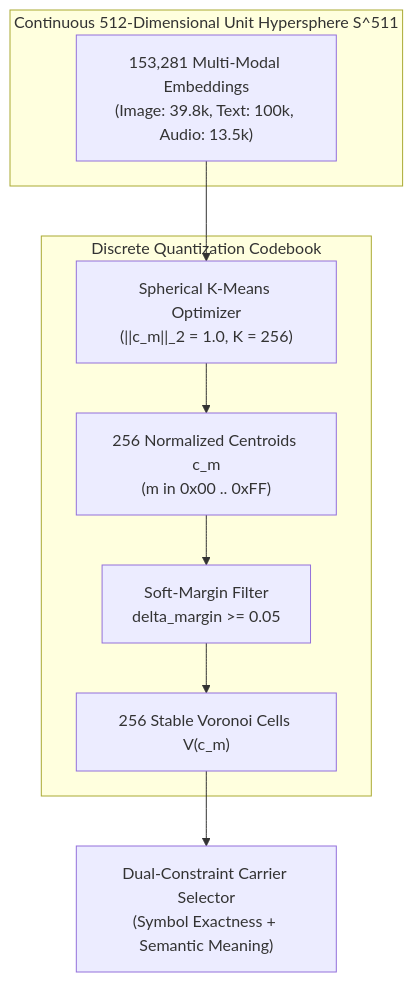
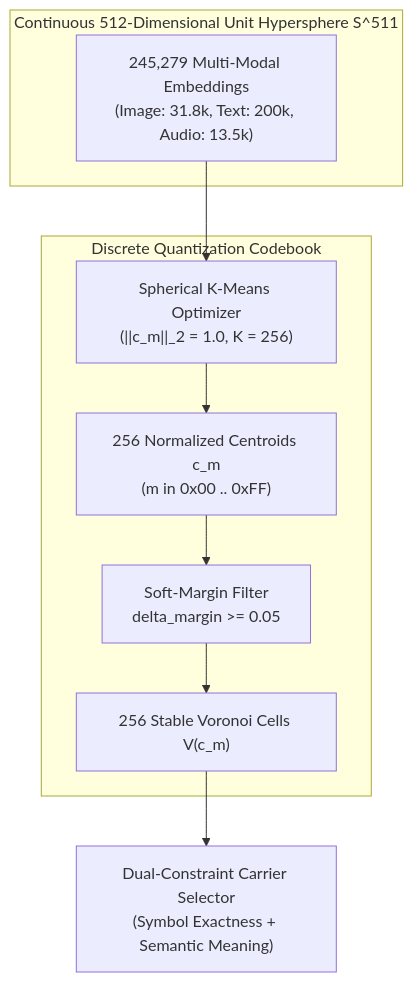
The diagram in docs/modules/02_VORONOI_CODEBOOK_PARTITIONING.md (jeevan4476/DCASS), drawn with Mermaid before and after one commit. The commit also changed other lines of this file and 271 other files, not shown here.

````diff
--- a/docs/modules/02_VORONOI_CODEBOOK_PARTITIONING.md
+++ b/docs/modules/02_VORONOI_CODEBOOK_PARTITIONING.md
@@ -10,16 +10,16 @@
 ```mermaid
 flowchart TD
     subgraph Space["Continuous 512-Dimensional Unit Hypersphere S^511"]
-        CORPUS["153,281 Multi-Modal Embeddings\n(Image: 39.8k, Text: 100k, Audio: 13.5k)"]
+        CORPUS["245,279 Multi-Modal Embeddings\n(Image: 31.8k, Text: 200k, Audio: 13.5k)"]
     end
 
     CORPUS --> SKM["Spherical K-Means Optimizer\n(||c_m||_2 = 1.0, K = 256)"]
 
     subgraph Partitioning["Discrete Quantization Codebook"]
         SKM --> CENT["256 Normalized Centroids c_m\n(m in 0x00 .. 0xFF)"]
         CENT --> SMBF["Soft-Margin Filter\ndelta_margin >= 0.05"]
         SMBF --> CELLS["256 Stable Voronoi Cells V(c_m)"]
     end
 
     CELLS --> DUAL["Dual-Constraint Carrier Selector\n(Symbol Exactness + Semantic Meaning)"]
 ```
````
